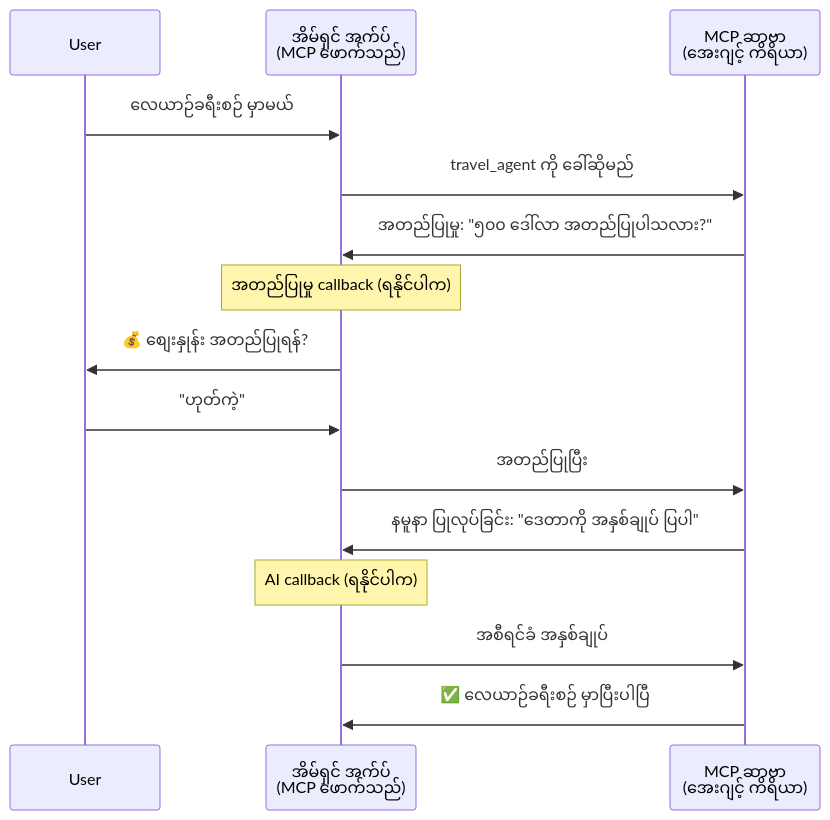
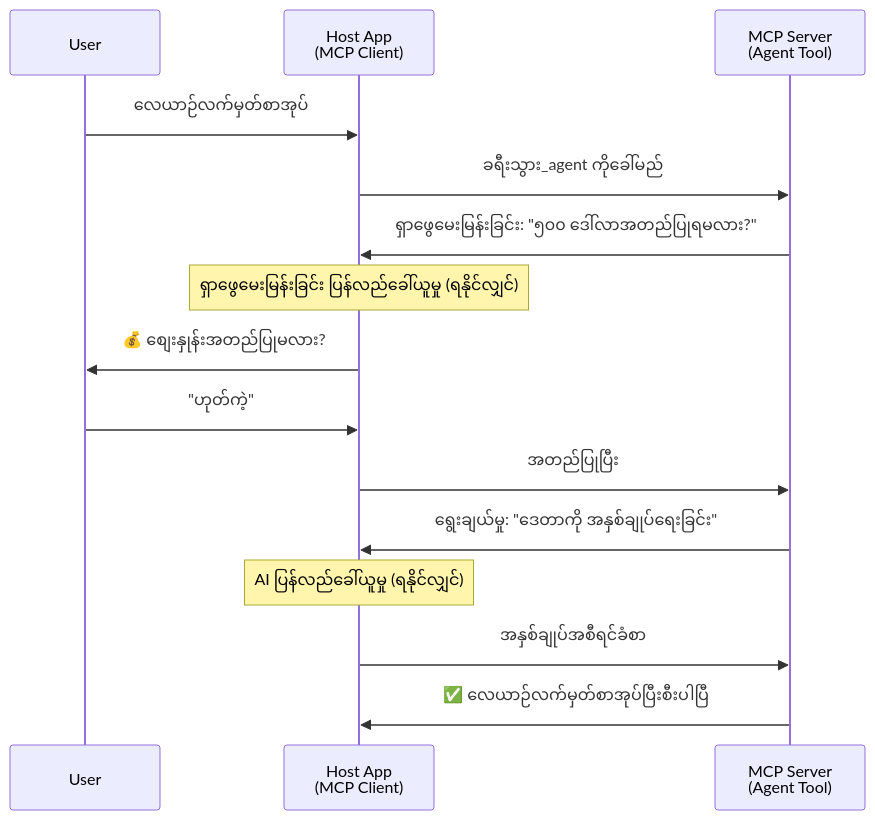
The fourth of 5 diagrams in mirrors/repos/microsoft@ai-agents-for-beginners/translations/my/11-agentic-protocols/code_samples/mcp-agents/README.md (gabrielmoreira/agent-skills-mirror), drawn with Mermaid before and after one commit. The commit also changed other lines of this file and 4262 other files, not shown here.

````diff
--- a/mirrors/repos/microsoft@ai-agents-for-beginners/translations/my/11-agentic-protocols/code_samples/mcp-agents/README.md
+++ b/mirrors/repos/microsoft@ai-agents-for-beginners/translations/my/11-agentic-protocols/code_samples/mcp-agents/README.md
@@ -163,21 +163,21 @@
 ```mermaid
 sequenceDiagram
     participant User
-    participant Host as အိမ်ရှင် အက်ပ်<br/>(MCP ဖောက်သည်)
-    participant Server as MCP ဆာဗာ<br/>(အေးဂျင့် ကိရိယာ)
+    participant Host as Host App<br/>(MCP Client)
+    participant Server as MCP Server<br/>(Agent Tool)
 
-    User->>Host: လေယာဉ်ခရီးစဉ် မှာမယ်
-    Host->>Server: travel_agent ကို ခေါ်ဆိုမည်
+    User->>Host: လေယာဉ်လက်မှတ်စာအုပ်
+    Host->>Server: ခရီးသွား_agent ကိုခေါ်မည်
 
-    Server->>Host: အတည်ပြုမှု: "၅၀၀ ဒေါ်လာ အတည်ပြုပါသလား?"
-    Note over Host: အတည်ပြုမှု callback (ရနိုင်ပါက)
-    Host->>User: 💰 စျေးနှုန်း အတည်ပြုရန်?
+    Server->>Host: ရှာဖွေမေးမြန်းခြင်း: "၅၀၀ ဒေါ်လာအတည်ပြုရမလား?"
+    Note over Host: ရှာဖွေမေးမြန်းခြင်း ပြန်လည်ခေါ်ယူမှု (ရနိုင်လျှင်)
+    Host->>User: 💰 စျေးနှုန်းအတည်ပြုမလား?
     User->>Host: "ဟုတ်ကဲ့"
     Host->>Server: အတည်ပြုပြီး
 
-    Server->>Host: နမူနာ ပြုလုပ်ခြင်း: "ဒေတာကို အနှစ်ချုပ် ပြပါ"
-    Note over Host: AI callback (ရနိုင်ပါက)
-    Host->>Server: အစီရင်ခံ အနှစ်ချုပ်
+    Server->>Host: ရွေးချယ်မှု: "ဒေတာကို အနှစ်ချုပ်ရေးခြင်း"
+    Note over Host: AI ပြန်လည်ခေါ်ယူမှု (ရနိုင်လျှင်)
+    Host->>Server: အနှစ်ချုပ်အစီရင်ခံစာ
 
-    Server->>Host: ✅ လေယာဉ်ခရီးစဉ် မှာပြီးပါပြီ
+    Server->>Host: ✅ လေယာဉ်လက်မှတ်စာအုပ်ပြီးစီးပါပြီ
 ```
````
